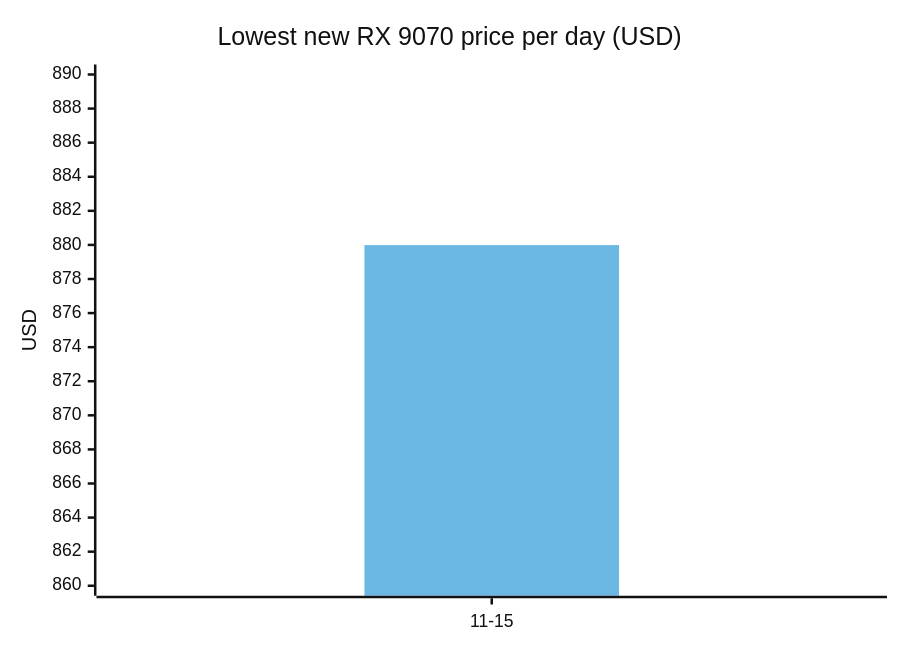
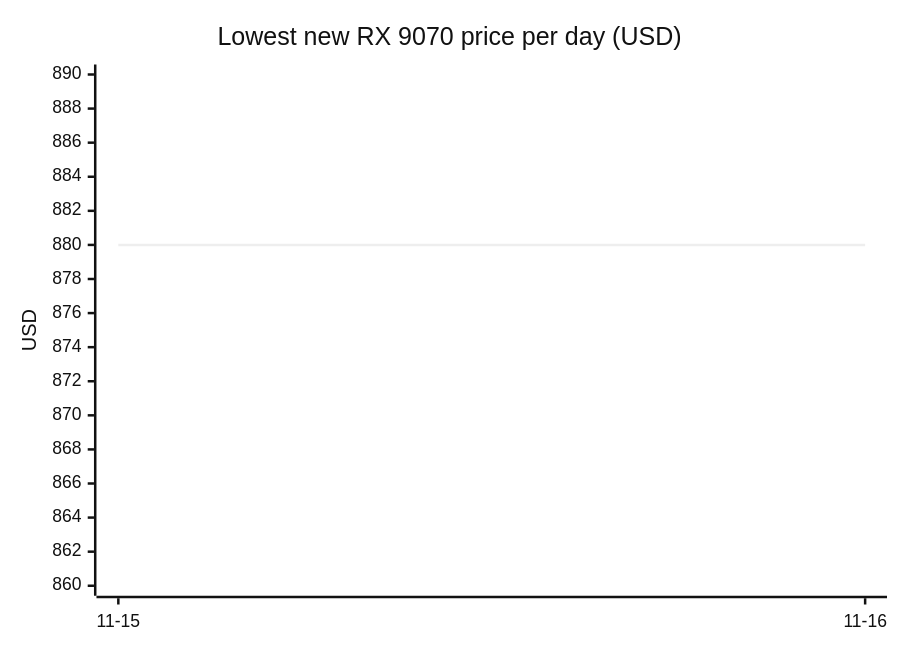
Before and after one commit to 7324136828/4tb_ssd_price_watch: diagram 12 of 16 in README.md, drawn with Mermaid (neutral theme). The commit also changed other lines of this file, not shown here.

````diff
--- a/README.md
+++ b/README.md
@@ -517,8 +600,7 @@
 ```mermaid
 xychart-beta
     title "Lowest new RX 9070 price per day (USD)"
-    x-axis ["11-15"]
+    x-axis ["11-15", "11-16"]
     y-axis "USD" 860 --> 890
-    line [879.99]
-    bar [879.99]
+    line [879.99, 879.99]
 ```
````
